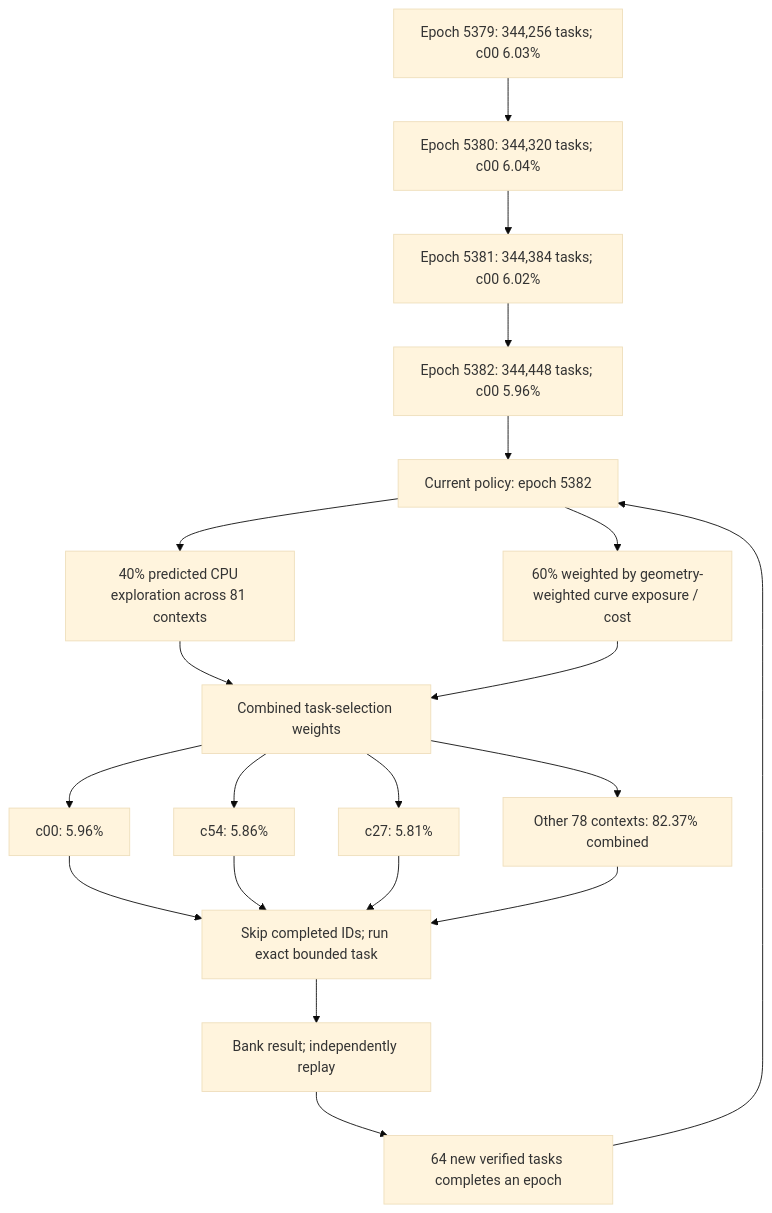
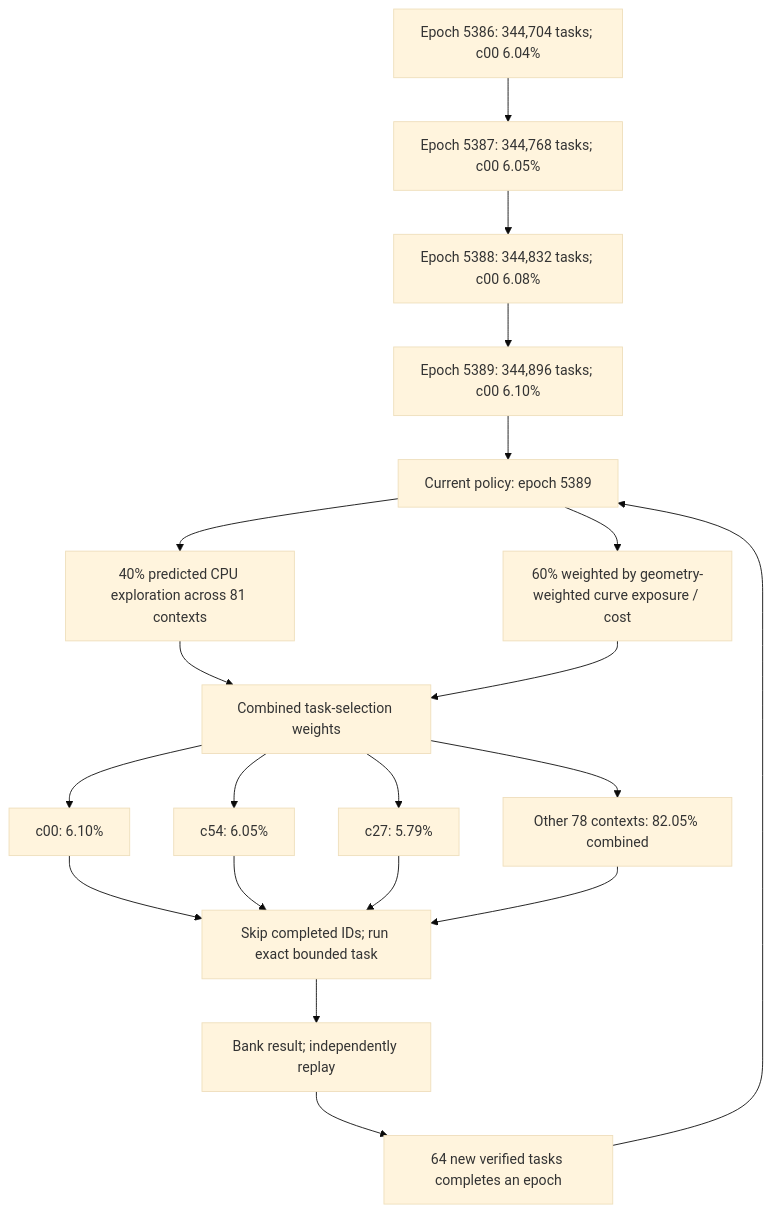
One commit to Kuberwastaken/math-gambling changed the first of 3 diagrams in README.md. Above: the diagram before and after it, drawn with Mermaid (base theme). The commit also changed other lines of this file and 1463 other files, not shown here.

````diff
--- a/README.md
+++ b/README.md
@@ -60,27 +60,27 @@
 ```mermaid
 flowchart TD
-    H0["Epoch 5379: 344,256 tasks; c00 6.03%"]
-    H1["Epoch 5380: 344,320 tasks; c00 6.04%"]
+    H0["Epoch 5386: 344,704 tasks; c00 6.04%"]
+    H1["Epoch 5387: 344,768 tasks; c00 6.05%"]
     H0 --> H1
-    H2["Epoch 5381: 344,384 tasks; c00 6.02%"]
+    H2["Epoch 5388: 344,832 tasks; c00 6.08%"]
     H1 --> H2
-    H3["Epoch 5382: 344,448 tasks; c00 5.96%"]
+    H3["Epoch 5389: 344,896 tasks; c00 6.10%"]
     H2 --> H3
-    Policy["Current policy: epoch 5382"]
+    Policy["Current policy: epoch 5389"]
     H3 --> Policy
     Policy --> Explore["40% predicted CPU exploration across 81 contexts"]
     Policy --> Cost["60% weighted by geometry-weighted curve exposure / cost"]
     Explore --> Mix["Combined task-selection weights"]
     Cost --> Mix
-    Mix --> C0["c00: 5.96%"]
-    Mix --> C1["c54: 5.86%"]
-    Mix --> C2["c27: 5.81%"]
-    Mix --> Rest["Other 78 contexts: 82.37% combined"]
+    Mix --> C0["c00: 6.10%"]
+    Mix --> C1["c54: 6.05%"]
+    Mix --> C2["c27: 5.79%"]
+    Mix --> Rest["Other 78 contexts: 82.05% combined"]
     C0 --> Check["Skip completed IDs; run exact bounded task"]
     C1 --> Check
     C2 --> Check
     Rest --> Check
     Check --> Replay["Bank result; independently replay"]
     Replay --> Gate["64 new verified tasks completes an epoch"]
     Gate --> Policy
 ```
````
